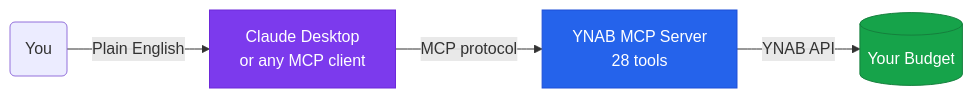
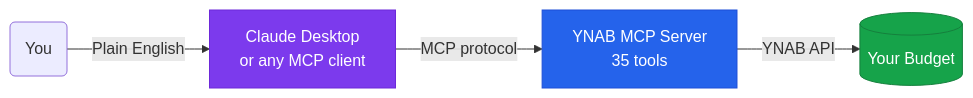
One commit to dizzlkheinz/ynab-mcpb changed the first of 2 diagrams in README.md. Above: the diagram before and after it, drawn with Mermaid. The commit also changed other lines of this file and 55 other files, not shown here.

````diff
--- a/README.md
+++ b/README.md
@@ -40,10 +41,10 @@
 ```mermaid
 graph LR
     U(You) -->|Plain English| C[Claude Desktop<br/>or any MCP client]
-    C -->|MCP protocol| S[YNAB MCP Server<br/>28 tools]
+    C -->|MCP protocol| S[YNAB MCP Server<br/>35 tools]
     S -->|YNAB API| Y[(Your Budget)]
 
     style S fill:#2563EB,color:#fff,stroke:#1d4ed8
     style Y fill:#16a34a,color:#fff,stroke:#15803d
     style C fill:#7c3aed,color:#fff,stroke:#6d28d9
 ```
````
